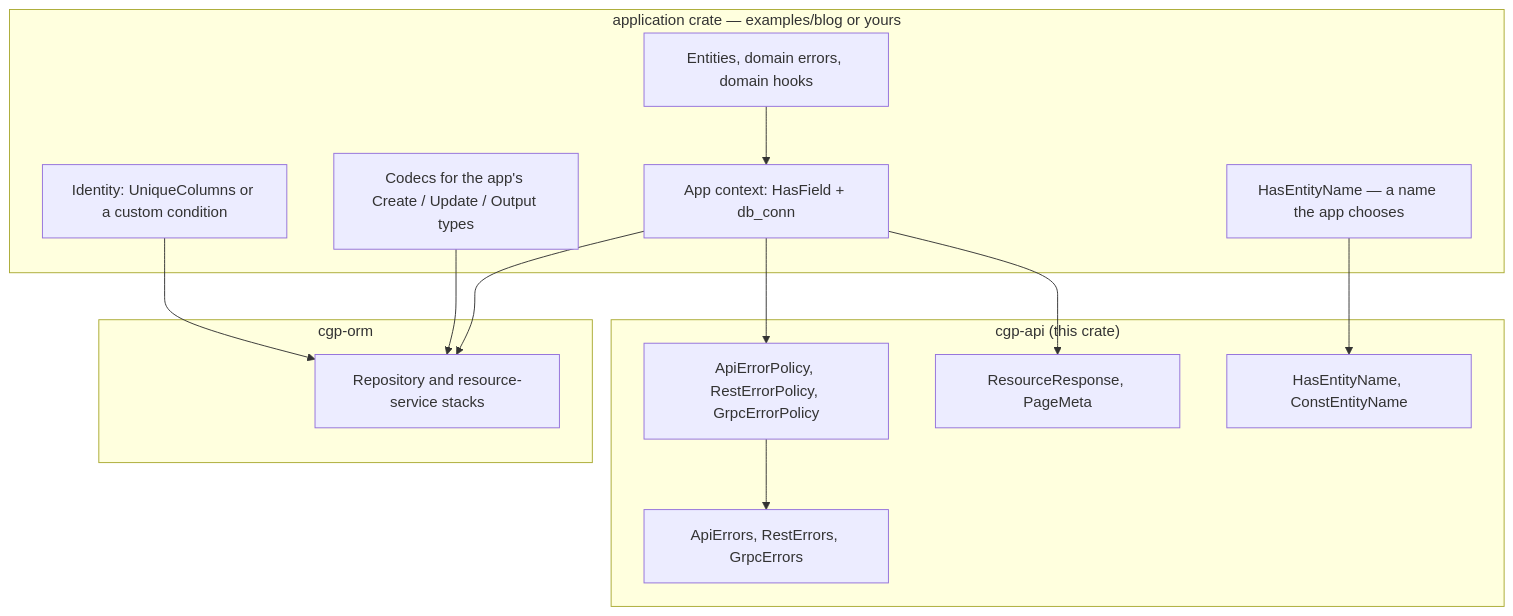
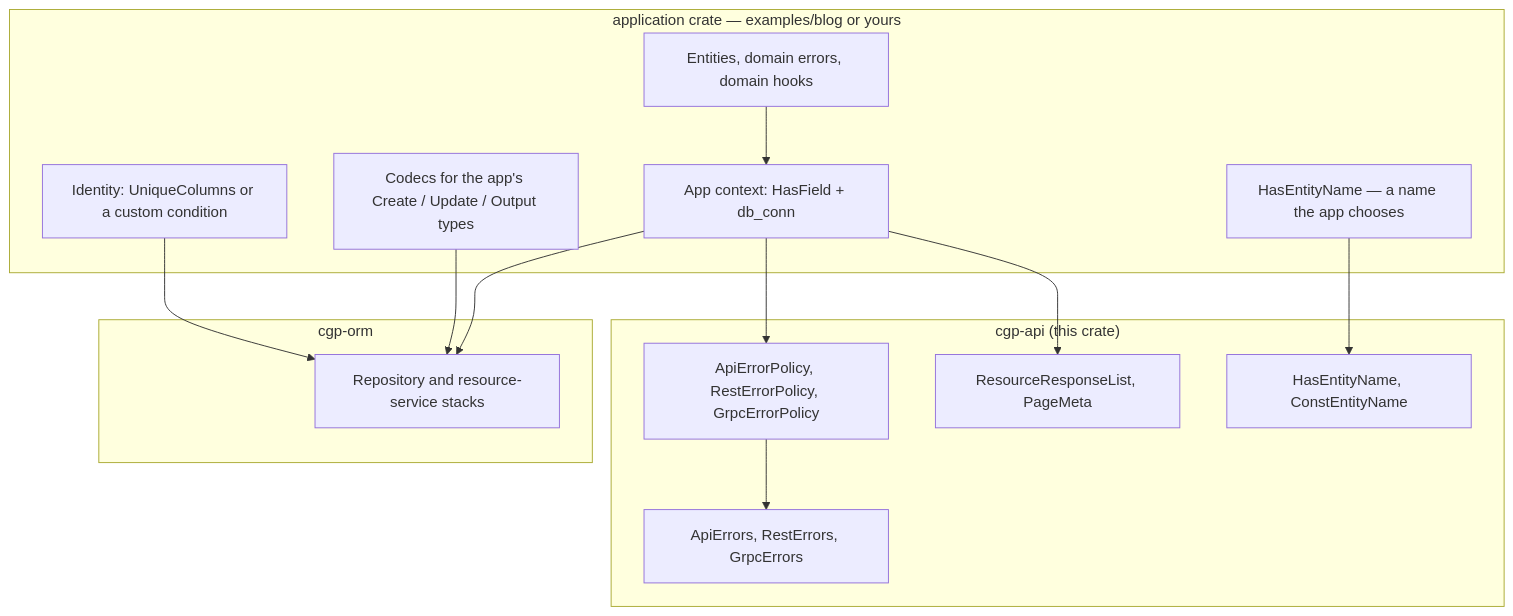
The diagram in ARCHITECTURE.md (Just-Replicant/cgp-api), drawn with Mermaid before and after one commit. The commit also changed other lines of this file and 4 other files, not shown here.

````diff
--- a/ARCHITECTURE.md
+++ b/ARCHITECTURE.md
@@ -15,30 +15,30 @@
 ```mermaid
 flowchart TB
     subgraph app ["application crate — examples/blog or yours"]
         ctx["App context: HasField + db_conn"]
         codecs["Codecs for the app's Create / Update / Output types"]
         ident["Identity: UniqueColumns or a custom condition"]
         names["HasEntityName — a name the app chooses"]
         domain["Entities, domain errors, domain hooks"]
     end
 
     subgraph api ["cgp-api (this crate)"]
         policies["ApiErrorPolicy, RestErrorPolicy, GrpcErrorPolicy"]
         errors["ApiErrors, RestErrors, GrpcErrors"]
-        resp["ResourceResponse, PageMeta"]
+        resp["ResourceResponseList, PageMeta"]
         accessor["HasEntityName, ConstEntityName"]
     end
 
     subgraph orm ["cgp-orm"]
         core["Repository and resource-service stacks"]
     end
 
     ctx --> policies
     ctx --> core
     codecs --> core
     ident --> core
     names --> accessor
     policies --> errors
     ctx --> resp
     domain --> ctx
 ```
````
